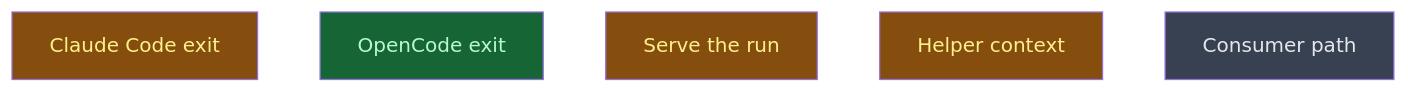
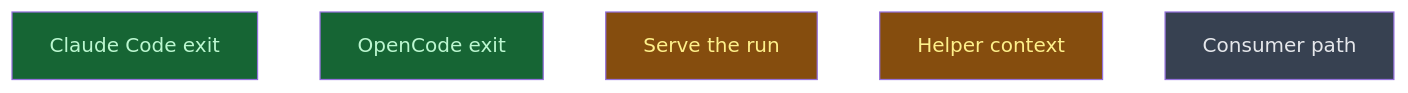
The diagram in __roadmap__/run_context/readers/README.md (CrackingShells/Candler), drawn with Mermaid before and after one commit. The commit also changed other lines of this file, not shown here.

Commit message:
rdm(adapter-claude-code): close the Claude Code exit reader

````diff
--- a/__roadmap__/run_context/readers/README.md
+++ b/__roadmap__/run_context/readers/README.md
@@ -17,13 +17,13 @@
 ```mermaid
 graph TD
-    cc_reader_exit[Claude Code exit]:::inprogress
+    cc_reader_exit[Claude Code exit]:::done
     oc_reader_exit[OpenCode exit]:::done
     serve_context[Serve the run]:::inprogress
     helper_context[Helper context]:::inprogress
     e2e[Consumer path]:::planned
     classDef done       fill:#166534,color:#bbf7d0
     classDef inprogress fill:#854d0e,color:#fef08a
     classDef planned    fill:#374151,color:#e5e7eb
     classDef amendment  fill:#1e3a5f,color:#bfdbfe
     classDef blocked    fill:#7f1d1d,color:#fecaca
 ```
````
